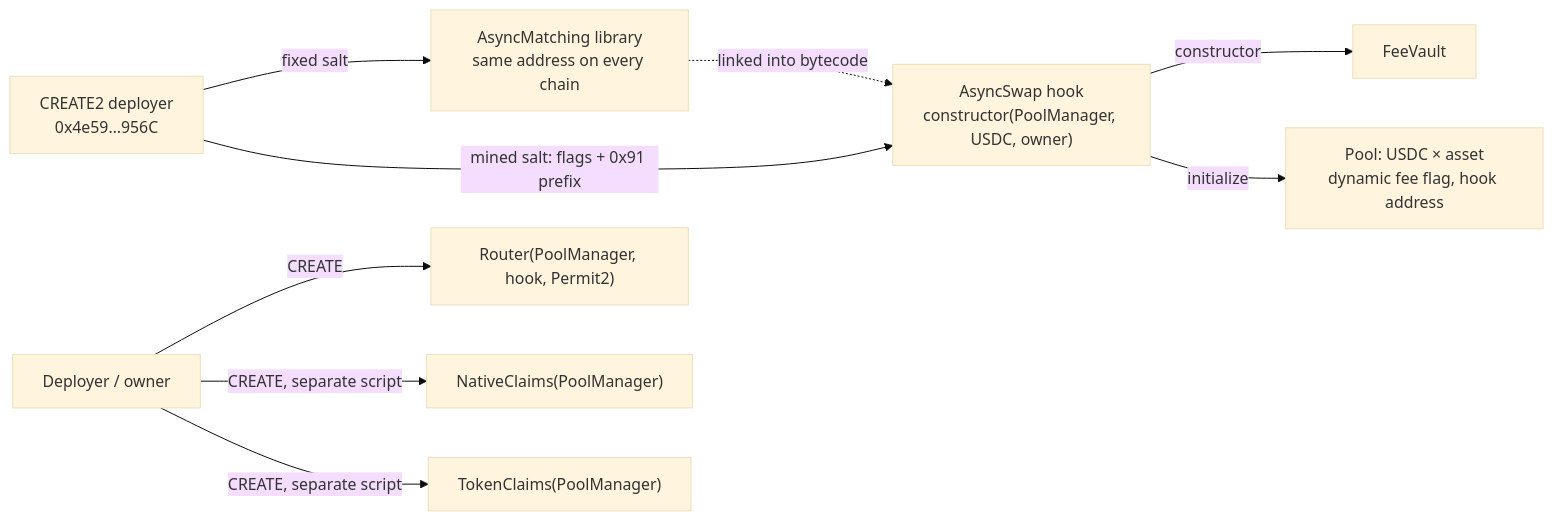
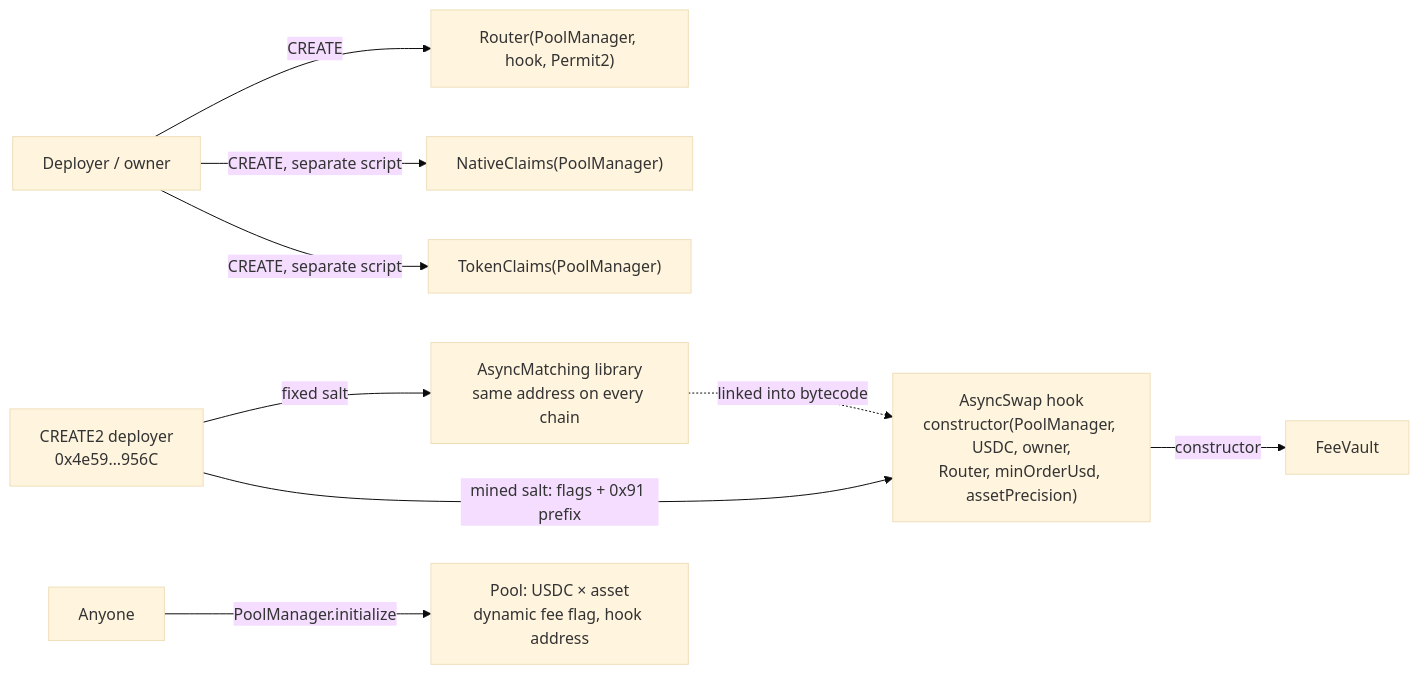
One commit to asyncswap/contracts changed the fifth of 5 diagrams in docs/protocol.md. Above: the diagram before and after it, drawn with Mermaid (base theme). The commit also changed other lines of this file and 10 other files, not shown here.

````diff
--- a/docs/protocol.md
+++ b/docs/protocol.md
@@ -261,11 +280,11 @@
 ```mermaid
 flowchart LR
     D["CREATE2 deployer<br/>0x4e59…956C"] -->|fixed salt| Lib["AsyncMatching library<br/>same address on every chain"]
-    D -->|mined salt: flags + 0x91 prefix| Hook["AsyncSwap hook<br/>constructor(PoolManager, USDC, owner)"]
+    D -->|mined salt: flags + 0x91 prefix| Hook["AsyncSwap hook<br/>constructor(PoolManager, USDC, owner,<br/>Router, minOrderUsd, assetPrecision)"]
     Hook -->|constructor| Vault["FeeVault"]
     Owner["Deployer / owner"] -->|CREATE| Router["Router(PoolManager, hook, Permit2)"]
     Lib -.->|linked into bytecode| Hook
     Owner -->|CREATE, separate script| NC["NativeClaims(PoolManager)"]
     Owner -->|CREATE, separate script| TC["TokenClaims(PoolManager)"]
-    Hook -->|initialize| Pool["Pool: USDC × asset<br/>dynamic fee flag, hook address"]
+    Anyone["Anyone"] -->|PoolManager.initialize| Pool["Pool: USDC × asset<br/>dynamic fee flag, hook address"]
 ```
````
